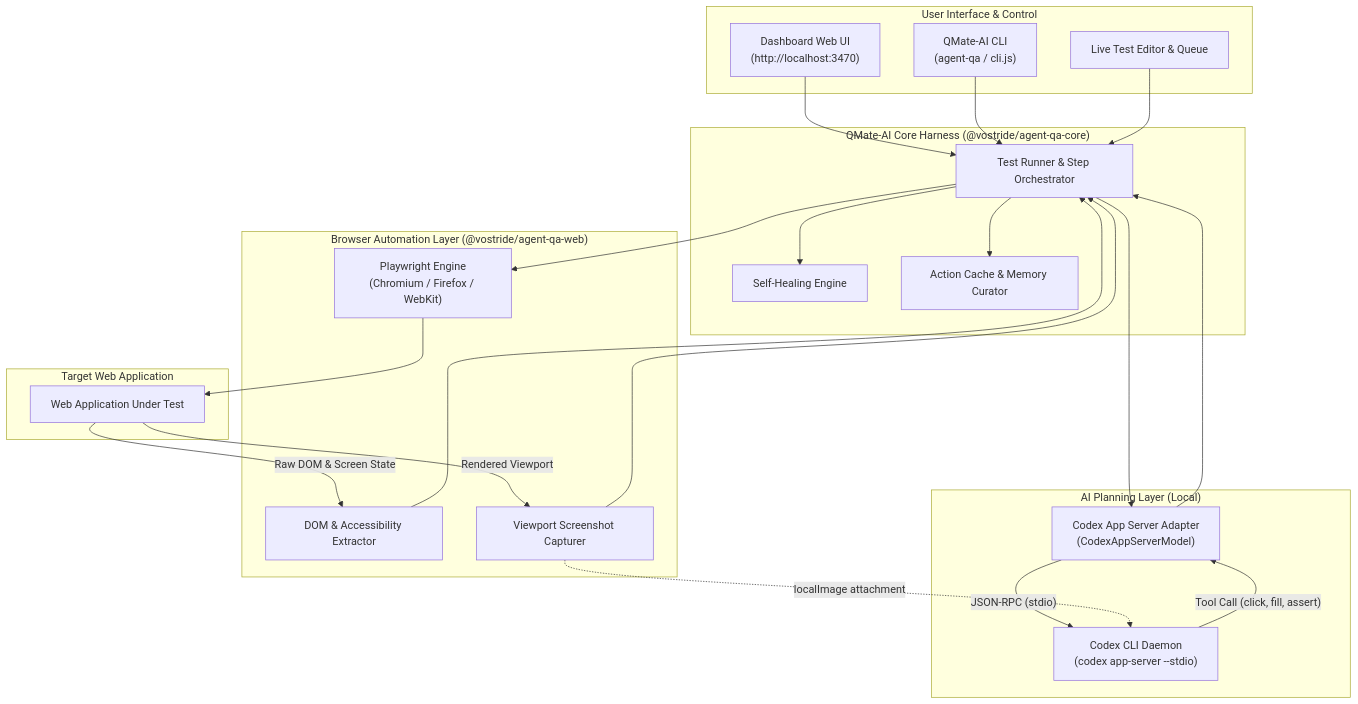
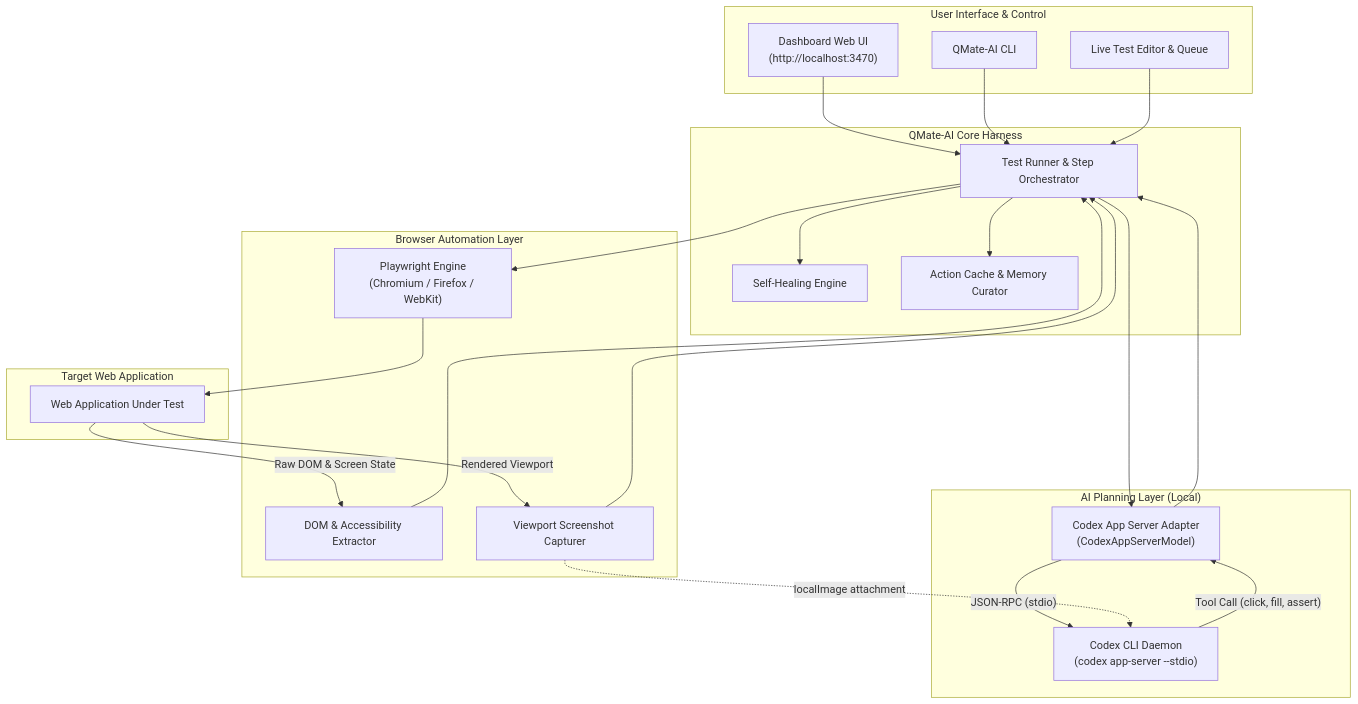
The diagram in README.md (Liorohan10/QMate-AI), drawn with Mermaid before and after one commit. The commit also changed other lines of this file, not shown here.

````diff
--- a/README.md
+++ b/README.md
@@ -25,49 +24,49 @@
 ```mermaid
 flowchart TD
     subgraph UI_CLI["User Interface & Control"]
         WebDash["Dashboard Web UI\n(http://localhost:3470)"]
-        CLI["QMate-AI CLI\n(agent-qa / cli.js)"]
+        CLI["QMate-AI CLI\n"]
         LiveEd["Live Test Editor & Queue"]
     end
 
-    subgraph Core_Engine["QMate-AI Core Harness (@vostride/agent-qa-core)"]
+    subgraph Core_Engine["QMate-AI Core Harness "]
         Runner["Test Runner & Step Orchestrator"]
         Healer["Self-Healing Engine"]
         Cache["Action Cache & Memory Curator"]
     end
 
     subgraph Brain["AI Planning Layer (Local)"]
         Adapter["Codex App Server Adapter\n(CodexAppServerModel)"]
         Daemon["Codex CLI Daemon\n(codex app-server --stdio)"]
     end
 
-    subgraph Execution["Browser Automation Layer (@vostride/agent-qa-web)"]
+    subgraph Execution["Browser Automation Layer "]
         PW["Playwright Engine\n(Chromium / Firefox / WebKit)"]
         DOM["DOM & Accessibility Extractor"]
         Shot["Viewport Screenshot Capturer"]
     end
 
     subgraph Target["Target Web Application"]
         App["Web Application Under Test"]
     end
 
     WebDash --> Runner
     CLI --> Runner
     LiveEd --> Runner
 
     Runner --> Cache
     Runner --> Healer
     Runner --> Adapter
 
     Adapter -- "JSON-RPC (stdio)" --> Daemon
     Daemon -- "Tool Call (click, fill, assert)" --> Adapter
     Adapter --> Runner
 
     Runner --> PW
     PW --> App
     App -- "Raw DOM & Screen State" --> DOM
     App -- "Rendered Viewport" --> Shot
     DOM --> Runner
     Shot --> Runner
     Shot -. "localImage attachment" .-> Daemon
 ```
````
